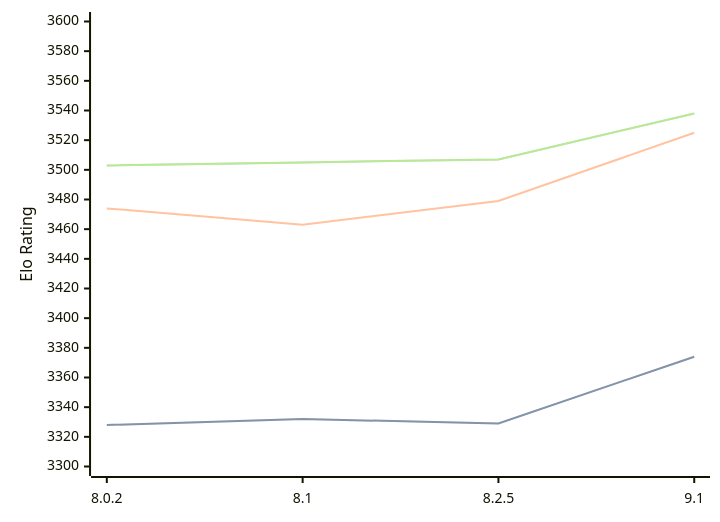
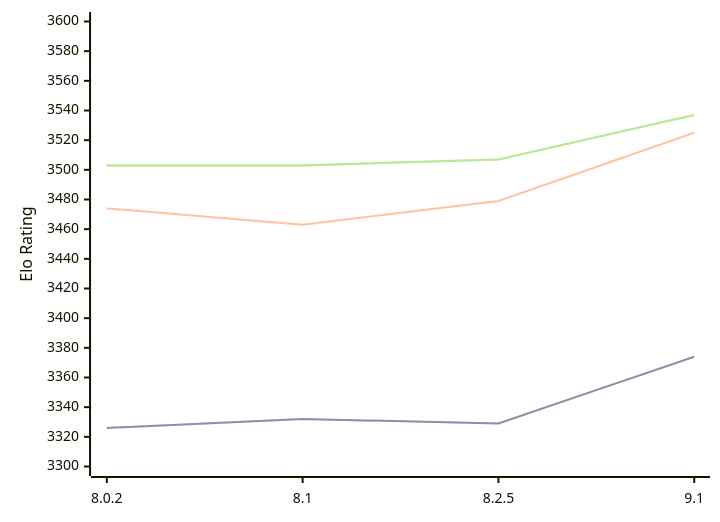
The diagram in engines/Clover.md (computer-chess-index/cci), drawn with Mermaid before and after one commit. The commit also changed other lines of this file, not shown here.

Commit message:
Update CCI Ratings (ELO VLTC) - 2026-08-03

````diff
--- a/engines/Clover.md
+++ b/engines/Clover.md
@@ -64,11 +64,11 @@
 ```mermaid
 %%{init: {"theme":"base","themeVariables":{"seriesColors:['#a3a3a3','#222221','#faa371']}}}%%
 xychart-beta
   x-axis ["8.0.2", "8.1", "8.2.5", "9.1"]
   y-axis "Elo Rating" 3300 --> 3600
-  line "STC (8.0+0.08s)" [3328, 3332, 3329, 3374]
-  line "STC (8.0+0.08s)" [3328, 3332, 3329, 3374]
+  line "STC (8.0+0.08s)" [3326, 3332, 3329, 3374]
+  line "STC (8.0+0.08s)" [3326, 3332, 3329, 3374]
   line "LTC (60.0+0.60s)" [3474, 3463, 3479, 3525]
-  line "VLTC (2m24s+1.12s)" [3503, 3505, 3507, 3538]
-  line "VLTC (2m24s+1.12s)" [3503, 3505, 3507, 3538]
+  line "VLTC (2m24s+1.12s)" [3503, 3503, 3507, 3537]
+  line "VLTC (2m24s+1.12s)" [3503, 3503, 3507, 3537]
 ```
````
